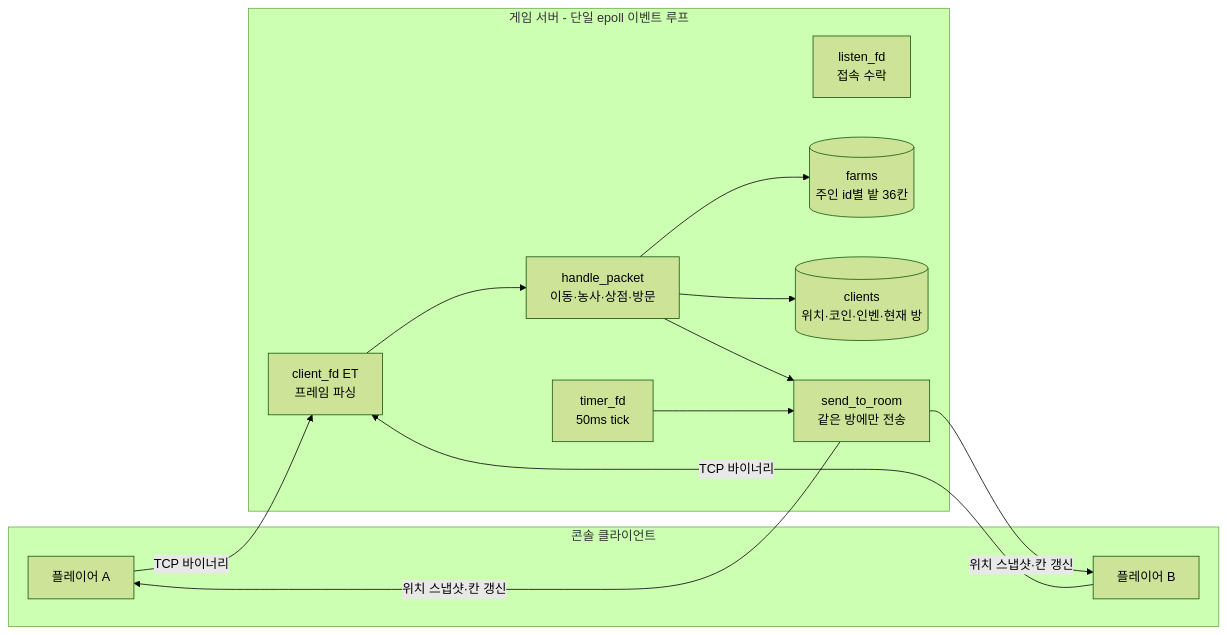
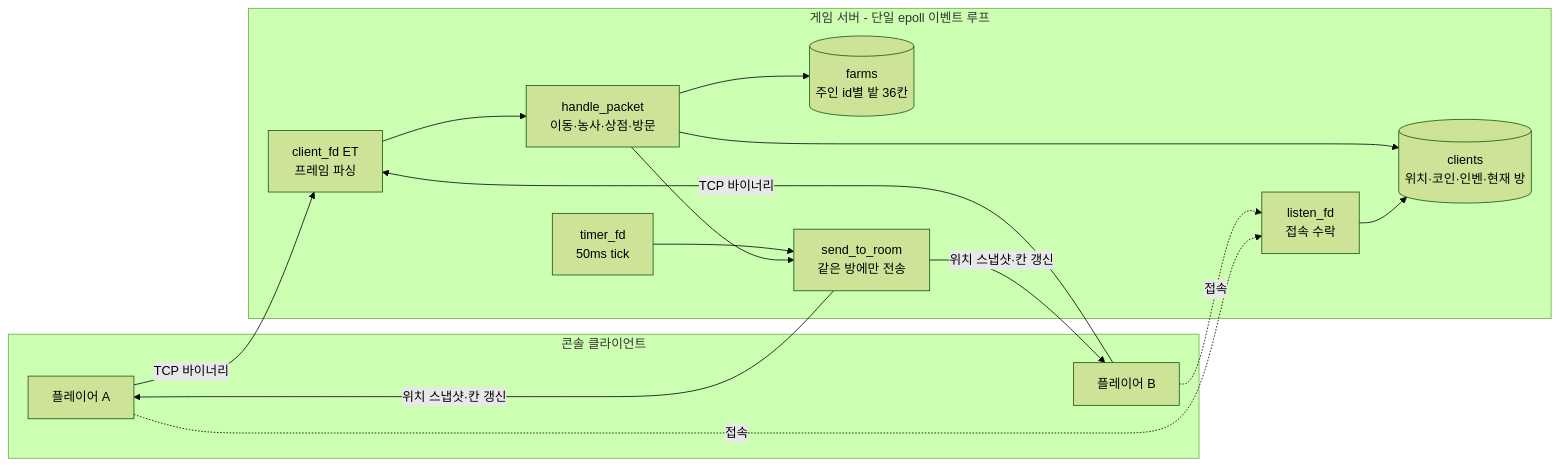
One commit to myandue/pumasi-server changed the diagram in README.md. Above: the diagram before and after it, drawn with Mermaid (forest theme).

Commit message:
docs: README 아키텍처 다이어그램에 접속 흐름 추가

````diff
--- a/README.md
+++ b/README.md
@@ -52,23 +52,25 @@
 ```mermaid
 flowchart LR
     subgraph clients [콘솔 클라이언트]
         A[플레이어 A]
         B[플레이어 B]
     end
     subgraph server [게임 서버 - 단일 epoll 이벤트 루프]
         L[listen_fd<br/>접속 수락]
         T[timer_fd<br/>50ms tick]
         C[client_fd ET<br/>프레임 파싱]
         H[handle_packet<br/>이동·농사·상점·방문]
         F[(farms<br/>주인 id별 밭 36칸)]
         P[(clients<br/>위치·코인·인벤·현재 방)]
         R[send_to_room<br/>같은 방에만 전송]
     end
+    A & B -. 접속 .-> L
+    L --> P
     A & B -- TCP 바이너리 --> C
     C --> H
     H --> F
     H --> P
     H --> R
     T --> R
     R -- 위치 스냅샷·칸 갱신 --> A & B
 ```
````
